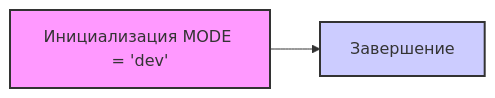
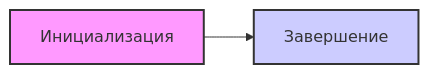
One commit to hypo69/hypo changed the diagram in docs/gemini/ru/explainer/src/endpoints/prestashop/domains/ecat_co_il/__init__.py.md. Above: the diagram before and after it, drawn with Mermaid. The commit also changed other lines of this file and 6031 other files, not shown here.

````diff
--- a/docs/gemini/ru/explainer/src/endpoints/prestashop/domains/ecat_co_il/__init__.py.md
+++ b/docs/gemini/ru/explainer/src/endpoints/prestashop/domains/ecat_co_il/__init__.py.md
@@ -17,8 +17,8 @@
 ```mermaid
 graph LR
-    A[Инициализация MODE = 'dev'] --> B[Завершение];
+    A[Инициализация ] --> B[Завершение];
     
    style A fill:#f9f,stroke:#333,stroke-width:2px
    style B fill:#ccf,stroke:#333,stroke-width:2px
    
 ```
````
